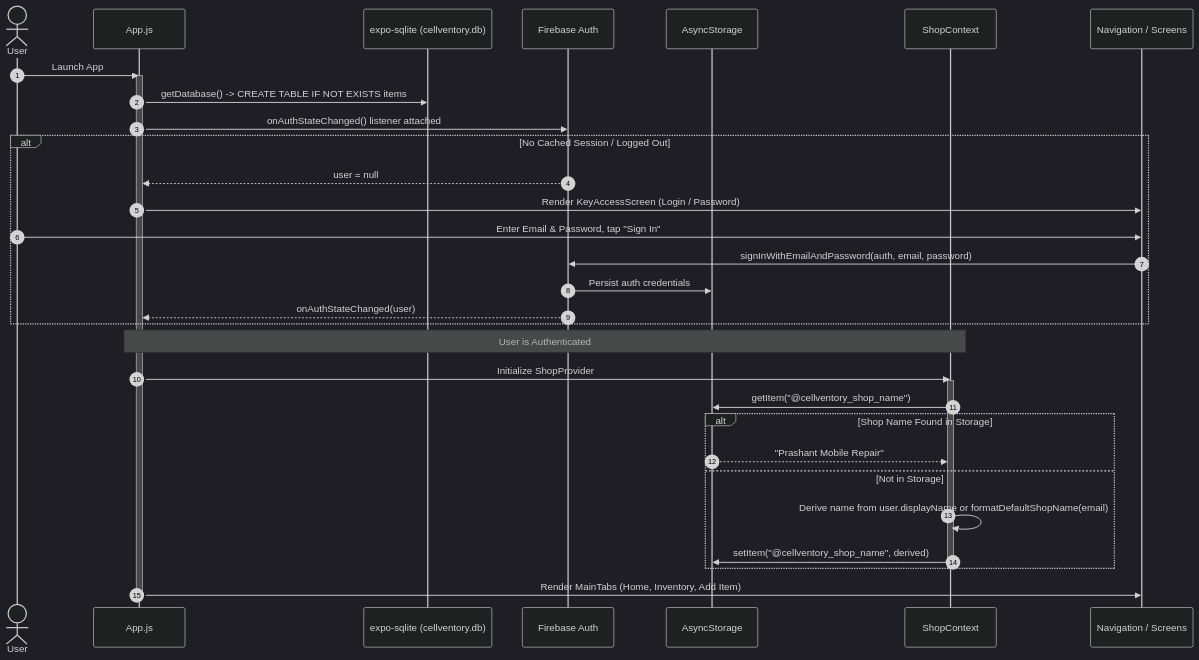
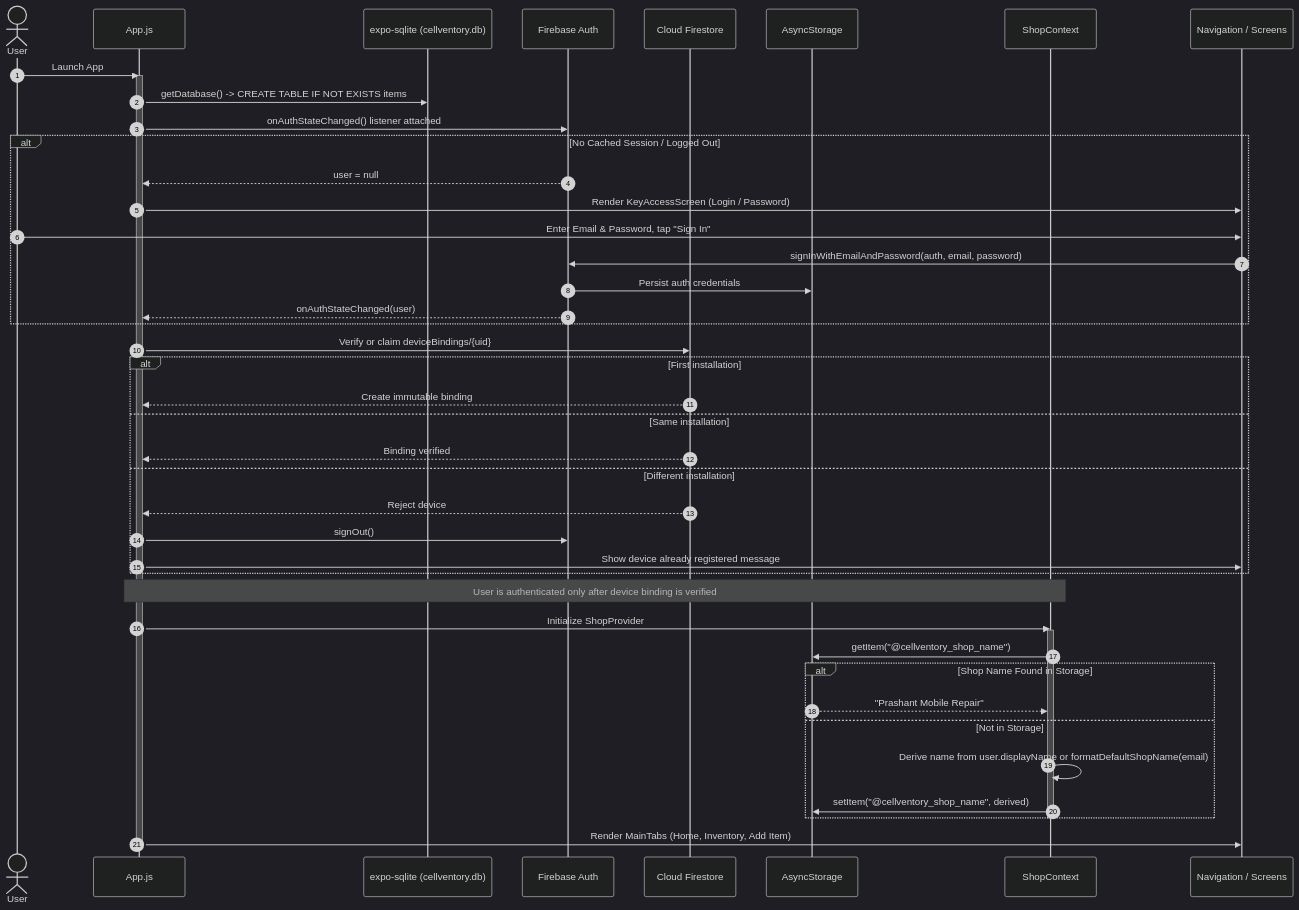
Before and after one commit to teqperts/cellventory: the second of 6 diagrams in docs/ARCHITECTURE.md, drawn with Mermaid (dark theme). The commit also changed other lines of this file and 11 other files, not shown here.

First line of the commit message:
feat(auth): bind logins to a single device

````diff
--- a/docs/ARCHITECTURE.md
+++ b/docs/ARCHITECTURE.md
@@ -73,40 +75,52 @@
 ```mermaid
 sequenceDiagram
     autonumber
     actor User as User
     participant App as App.js
     participant SQLite as expo-sqlite (cellventory.db)
     participant Auth as Firebase Auth
+    participant DeviceBinding as Cloud Firestore
     participant AsyncStore as AsyncStorage
     participant ShopCtx as ShopContext
     participant UI as Navigation / Screens
 
     User->>App: Launch App
     activate App
     App->>SQLite: getDatabase() -> CREATE TABLE IF NOT EXISTS items
     App->>Auth: onAuthStateChanged() listener attached
 
     alt No Cached Session / Logged Out
         Auth-->>App: user = null
         App->>UI: Render KeyAccessScreen (Login / Password)
         User->>UI: Enter Email & Password, tap "Sign In"
         UI->>Auth: signInWithEmailAndPassword(auth, email, password)
         Auth->>AsyncStore: Persist auth credentials
         Auth-->>App: onAuthStateChanged(user)
     end
 
-    Note over App,ShopCtx: User is Authenticated
+    App->>DeviceBinding: Verify or claim deviceBindings/{uid}
+    alt First installation
+        DeviceBinding-->>App: Create immutable binding
+    else Same installation
+        DeviceBinding-->>App: Binding verified
+    else Different installation
+        DeviceBinding-->>App: Reject device
+        App->>Auth: signOut()
+        App->>UI: Show device already registered message
+    end
+
+    Note over App,ShopCtx: User is authenticated only after device binding is verified
     App->>ShopCtx: Initialize ShopProvider
     activate ShopCtx
     ShopCtx->>AsyncStore: getItem("@cellventory_shop_name")
     alt Shop Name Found in Storage
         AsyncStore-->>ShopCtx: "Prashant Mobile Repair"
     else Not in Storage
         ShopCtx->>ShopCtx: Derive name from user.displayName or formatDefaultShopName(email)
         ShopCtx->>AsyncStore: setItem("@cellventory_shop_name", derived)
     end
     deactivate ShopCtx
 
     App->>UI: Render MainTabs (Home, Inventory, Add Item)
     deactivate App
 ```
````
